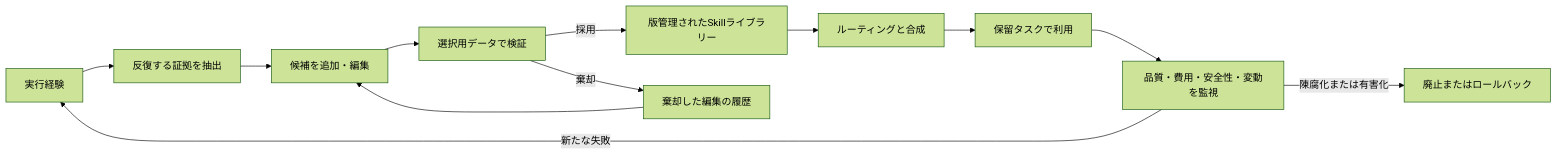
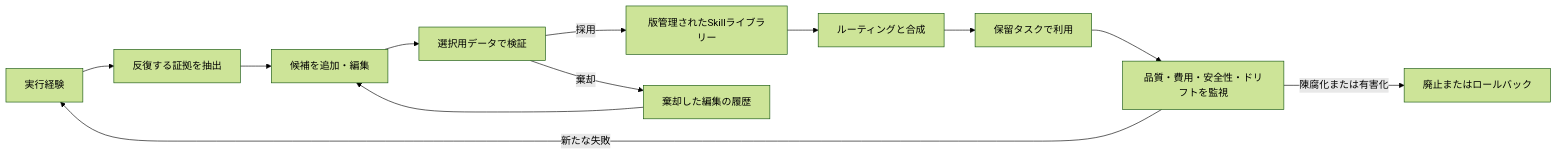
One commit to yoichiozaki/yoichiozaki.github.io changed the first of 3 diagrams in content/blog/ja/agent-skills-automatic-optimization.mdx. Above: the diagram before and after it, drawn with Mermaid (forest theme). The commit also changed other lines of this file and 220 other files, not shown here.

````diff
--- a/content/blog/ja/agent-skills-automatic-optimization.mdx
+++ b/content/blog/ja/agent-skills-automatic-optimization.mdx
@@ -98,14 +98,14 @@
 ```mermaid
 flowchart LR
     E[実行経験] --> X[反復する証拠を抽出]
     X --> A[候補を追加・編集]
     A --> V[選択用データで検証]
     V -->|採用| L[版管理されたSkillライブラリー]
     V -->|棄却| N[棄却した編集の履歴]
     N --> A
     L --> R[ルーティングと合成]
     R --> U[保留タスクで利用]
-    U --> M[品質・費用・安全性・変動を監視]
+    U --> M[品質・費用・安全性・ドリフトを監視]
     M -->|新たな失敗| E
     M -->|陳腐化または有害化| D[廃止またはロールバック]
 ```
````
